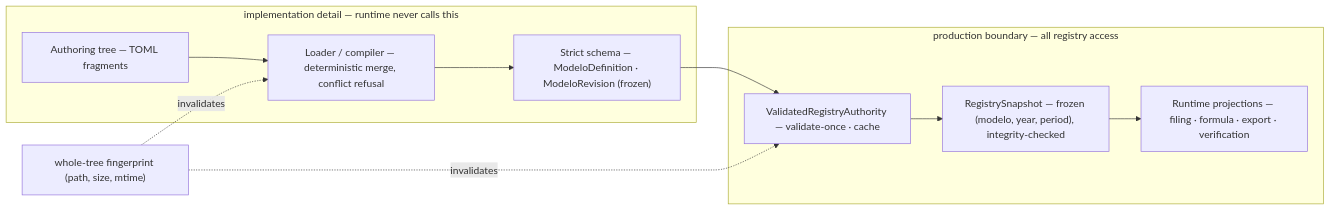
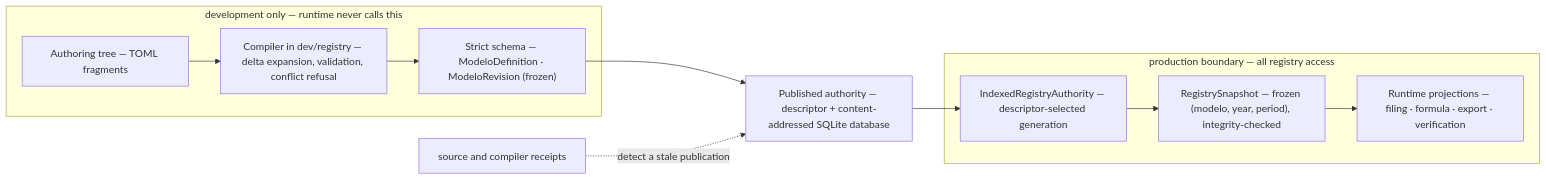
One commit to nevenincs/cadrumo changed the second of 5 diagrams in docs/architecture/index.md. Above: the diagram before and after it, drawn with Mermaid. The commit also changed other lines of this file and 148 other files, not shown here.

````diff
--- a/docs/architecture/index.md
+++ b/docs/architecture/index.md
@@ -134,13 +135,14 @@
 ```mermaid
 flowchart LR
-    subgraph impl["implementation detail — runtime never calls this"]
-        A["Authoring tree — TOML fragments"] --> B["Loader / compiler — deterministic merge, conflict refusal"] --> C["Strict schema — ModeloDefinition · ModeloRevision (frozen)"]
+    subgraph impl["development only — runtime never calls this"]
+        A["Authoring tree — TOML fragments"] --> B["Compiler in dev/registry — delta expansion, validation, conflict refusal"] --> C["Strict schema — ModeloDefinition · ModeloRevision (frozen)"]
     end
+    P["Published authority — descriptor + content-addressed SQLite database"]
     subgraph prod["production boundary — all registry access"]
-        D["ValidatedRegistryAuthority — validate-once · cache"] --> E["RegistrySnapshot — frozen (modelo, year, period), integrity-checked"] --> F["Runtime projections — filing · formula · export · verification"]
+        D["IndexedRegistryAuthority — descriptor-selected generation"] --> E["RegistrySnapshot — frozen (modelo, year, period), integrity-checked"] --> F["Runtime projections — filing · formula · export · verification"]
     end
-    C --> D
-    FP["whole-tree fingerprint (path, size, mtime)"]
-    FP -.->|"invalidates"| B
-    FP -.->|"invalidates"| D
+    C --> P
+    P --> D
+    RC["source and compiler receipts"]
+    RC -.->|"detect a stale publication"| P
 ```
````
